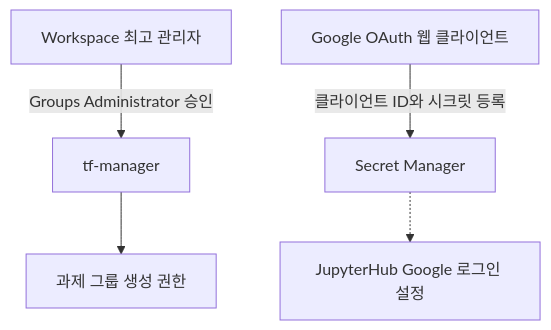
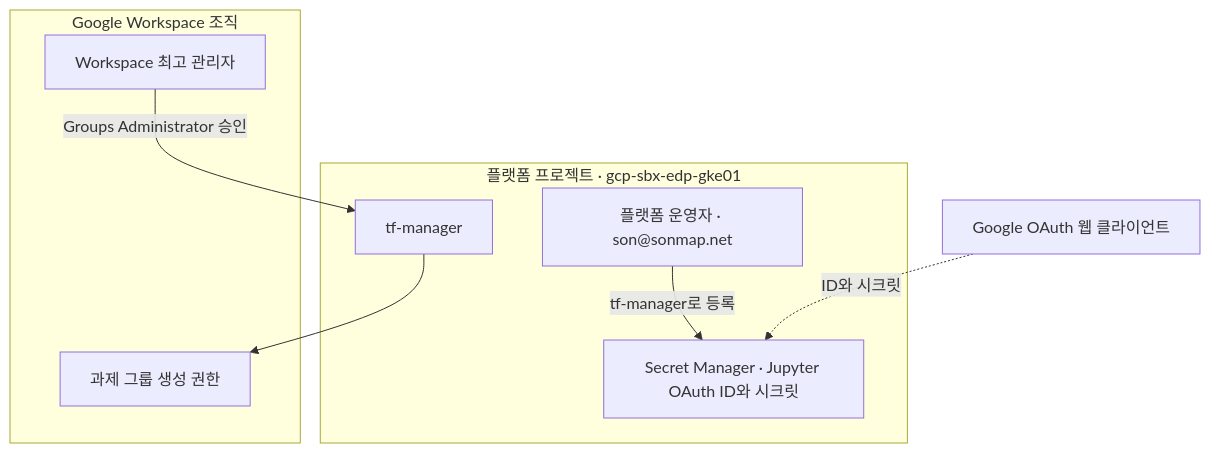
One commit to sonmap/GCP_SBX_Test01 changed the fourth of 7 diagrams in 01.docs/01-infra-setup.md. Above: the diagram before and after it, drawn with Mermaid. The commit also changed other lines of this file, not shown here.

Commit message:
Show project boundaries, resource names and operator roles in infrastructure diagrams

````diff
--- a/01.docs/01-infra-setup.md
+++ b/01.docs/01-infra-setup.md
@@ -504,7 +511,14 @@
 ```mermaid
 flowchart TD
-    W["Workspace 최고 관리자"] -->|Groups Administrator 승인| T["tf-manager"]
-    T --> G["과제 그룹 생성 권한"]
-    O["Google OAuth 웹 클라이언트"] -->|클라이언트 ID와 시크릿 등록| S["Secret Manager"]
-    S -.-> J["JupyterHub Google 로그인 설정"]
+    subgraph W["Google Workspace 조직"]
+      A["Workspace 최고 관리자"]
+      G["과제 그룹 생성 권한"]
+    end
+    subgraph P["플랫폼 프로젝트 · gcp-sbx-edp-gke01"]
+      T["tf-manager"]
+      O["플랫폼 운영자 · son@sonmap.net"] -->|tf-manager로 등록| S["Secret Manager · Jupyter OAuth ID와 시크릿"]
+    end
+    A -->|Groups Administrator 승인| T
+    T --> G
+    C["Google OAuth 웹 클라이언트"] -.->|ID와 시크릿| S
 ```
````
